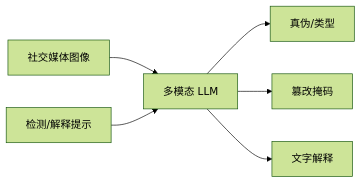
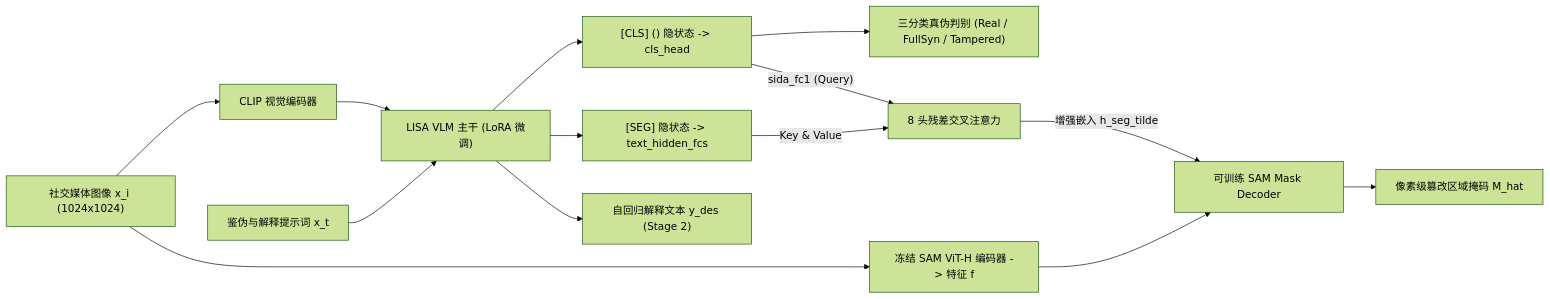
The first of 2 diagrams in wiki/entities/sida.md (ImChong/Robotics_Notebooks), drawn with Mermaid (forest theme) before and after one commit. The commit also changed other lines of this file and 151 other files, not shown here.

````diff
--- a/wiki/entities/sida.md
+++ b/wiki/entities/sida.md
@@ -54,8 +86,16 @@
 ```mermaid
 flowchart LR
-  IMG["社交媒体图像"] --> VLM["多模态 LLM"]
-  TXT["检测/解释提示"] --> VLM
-  VLM --> DET["真伪/类型"]
-  VLM --> SEG["篡改掩码"]
-  VLM --> EXP["文字解释"]
+    IMG["社交媒体图像 x_i (1024x1024)"] --> CLIP["CLIP 视觉编码器"]
+    IMG --> SAMENC["冻结 SAM ViT-H 编码器 -> 特征 f"]
+    TXT["鉴伪与解释提示词 x_t"] --> VLM["LISA VLM 主干 (LoRA 微调)"]
+    CLIP --> VLM
+    VLM --> HDET["[CLS] (<DET>) 隐状态 -> cls_head"]
+    VLM --> HSEG["[SEG] 隐状态 -> text_hidden_fcs"]
+    VLM --> YDES["自回归解释文本 y_des (Stage 2)"]
+    HDET --> D_OUT["三分类真伪判别 (Real / FullSyn / Tampered)"]
+    HDET -- "sida_fc1 (Query)" --> ATT["8 头残差交叉注意力"]
+    HSEG -- "Key & Value" --> ATT
+    ATT -- "增强嵌入 h_seg_tilde" --> SAMDEC["可训练 SAM Mask Decoder"]
+    SAMENC --> SAMDEC
+    SAMDEC --> MASK["像素级篡改区域掩码 M_hat"]
 ```
````
